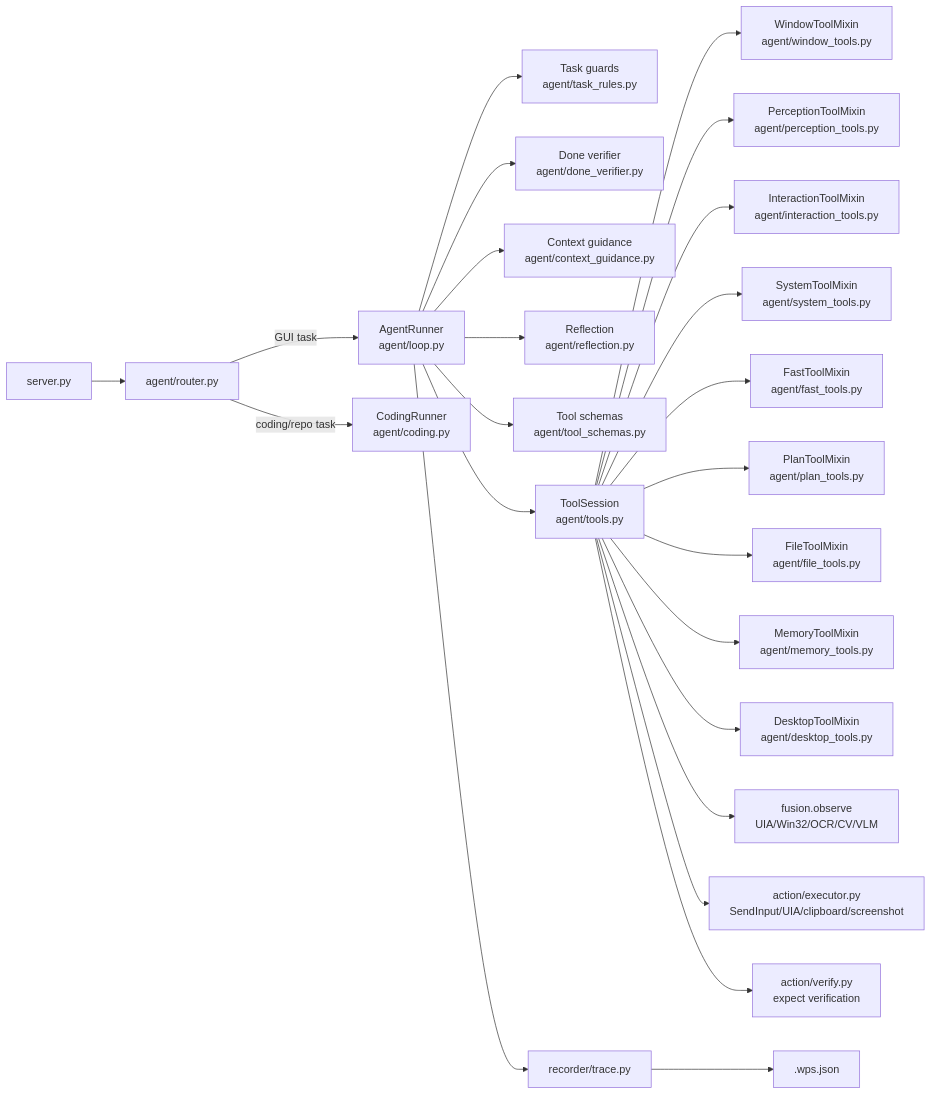
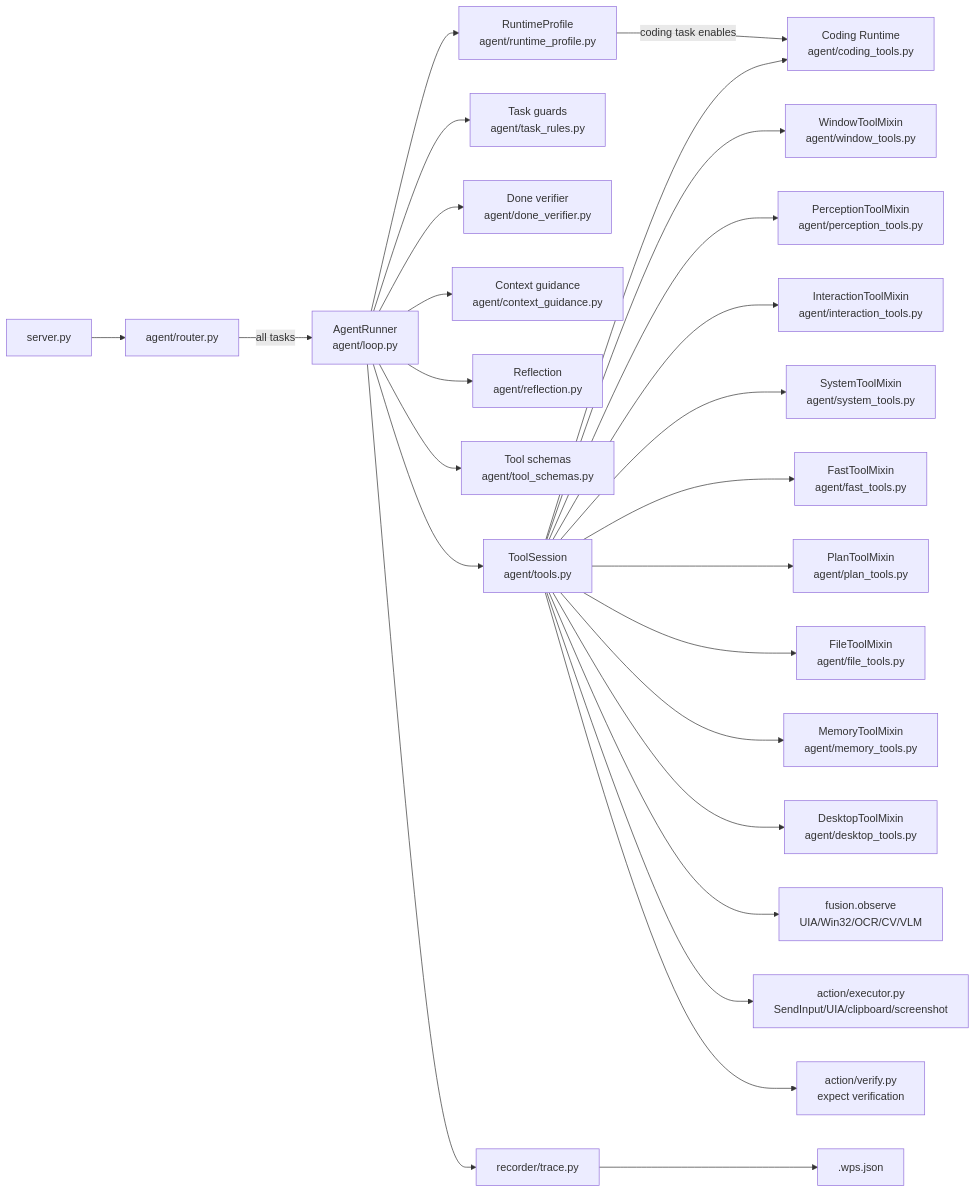
The second of 4 diagrams in docs/architecture.md (zoujiapeng/lingdong-script), drawn with Mermaid before and after one commit. The commit also changed other lines of this file and 22 other files, not shown here.

Commit message:
Unify coding runtime under AgentRunner

````diff
--- a/docs/architecture.md
+++ b/docs/architecture.md
@@ -40,26 +40,28 @@
 ```mermaid
 flowchart LR
     server["server.py"] --> router["agent/router.py"]
-    router -->|"GUI task"| loop["AgentRunner<br/>agent/loop.py"]
-    router -->|"coding/repo task"| coding["CodingRunner<br/>agent/coding.py"]
+    router -->|"all tasks"| loop["AgentRunner<br/>agent/loop.py"]
+    loop --> profile["RuntimeProfile<br/>agent/runtime_profile.py"]
+    profile -->|"coding task enables"| codingrt["Coding Runtime<br/>agent/coding_tools.py"]
     loop --> rules["Task guards<br/>agent/task_rules.py"]
     loop --> donev["Done verifier<br/>agent/done_verifier.py"]
     loop --> context["Context guidance<br/>agent/context_guidance.py"]
     loop --> reflect["Reflection<br/>agent/reflection.py"]
     loop --> schemas["Tool schemas<br/>agent/tool_schemas.py"]
     loop --> tools["ToolSession<br/>agent/tools.py"]
+    tools --> codingrt
     tools --> windowtools["WindowToolMixin<br/>agent/window_tools.py"]
     tools --> perceptiontools["PerceptionToolMixin<br/>agent/perception_tools.py"]
     tools --> interactiontools["InteractionToolMixin<br/>agent/interaction_tools.py"]
     tools --> systemtools["SystemToolMixin<br/>agent/system_tools.py"]
     tools --> fasttools["FastToolMixin<br/>agent/fast_tools.py"]
     tools --> plantools["PlanToolMixin<br/>agent/plan_tools.py"]
     tools --> filetools["FileToolMixin<br/>agent/file_tools.py"]
     tools --> memorytools["MemoryToolMixin<br/>agent/memory_tools.py"]
     tools --> desktoptools["DesktopToolMixin<br/>agent/desktop_tools.py"]
     tools --> fusion["fusion.observe<br/>UIA/Win32/OCR/CV/VLM"]
     tools --> action["action/executor.py<br/>SendInput/UIA/clipboard/screenshot"]
     tools --> verify["action/verify.py<br/>expect verification"]
     loop --> recorder["recorder/trace.py"]
     recorder --> wps[".wps.json"]
 ```
````
